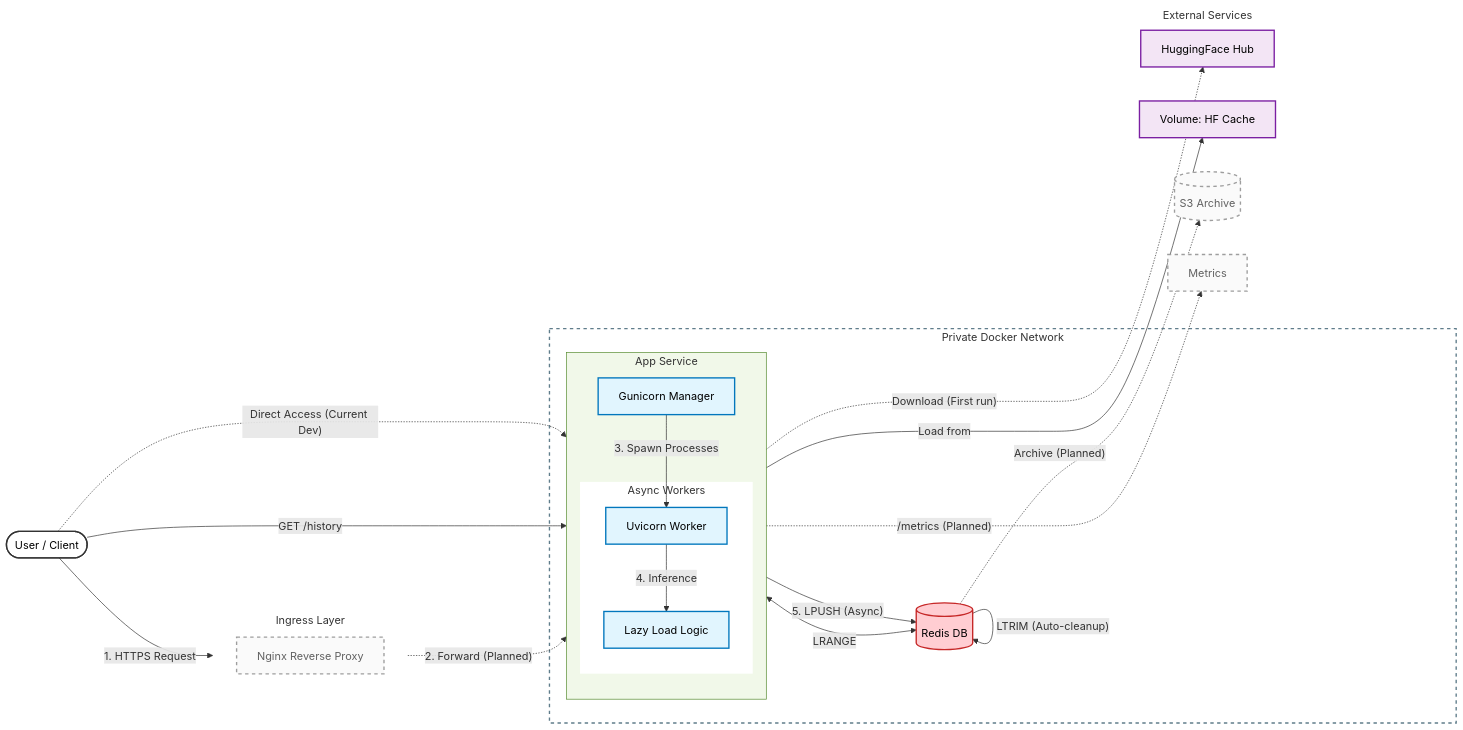
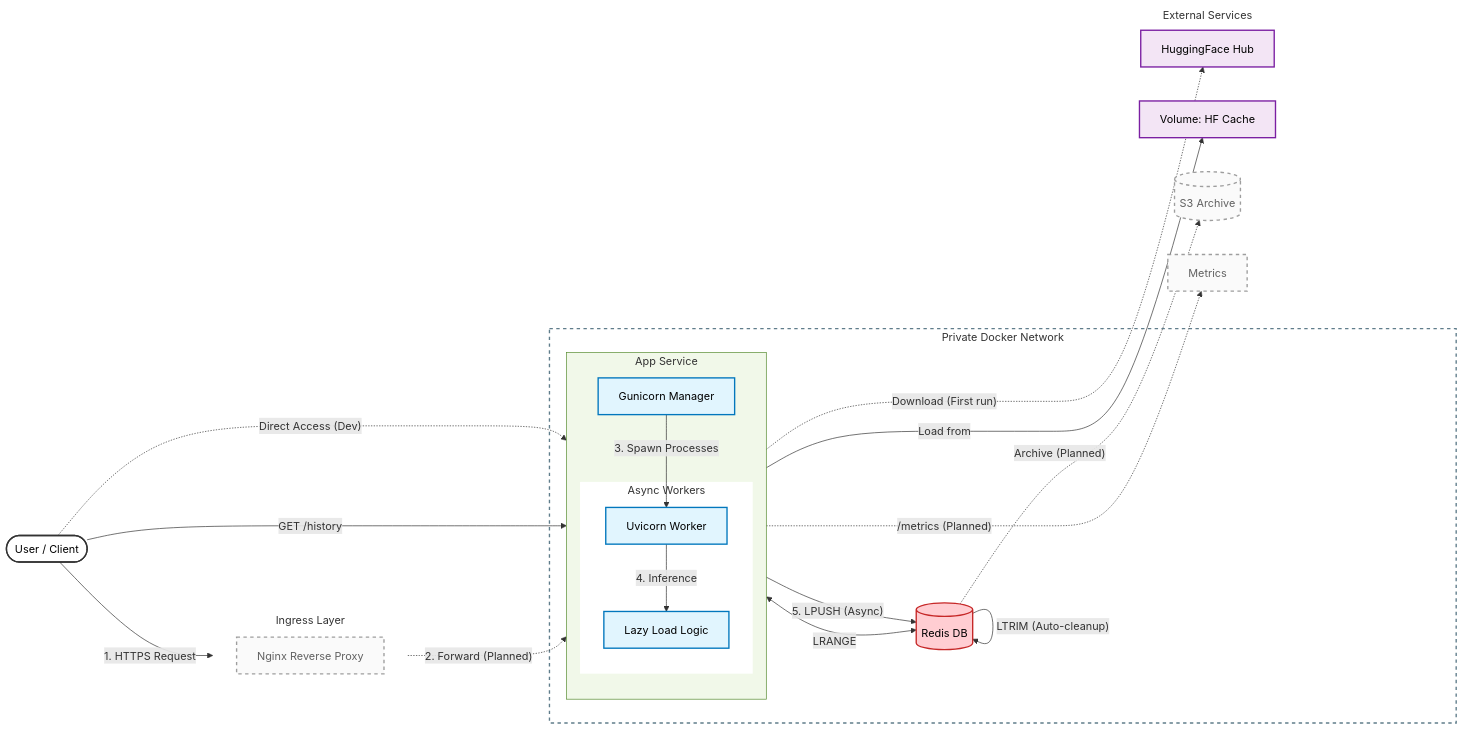
One commit to Western-1/sentiment-analysis-service changed the diagram in README.md. Above: the diagram before and after it, drawn with Mermaid. The commit also changed other lines of this file and 1 other file, not shown here.

````diff
--- a/README.md
+++ b/README.md
@@ -21,15 +20,10 @@
 ```mermaid
 graph LR
   %% --- Styling Definitions ---
-  %% Existing Components: Bold colors, solid lines
   classDef app fill:#e1f5fe,stroke:#0277bd,stroke-width:2px,color:#000
   classDef db fill:#ffcdd2,stroke:#c62828,stroke-width:2px,color:#000
   classDef ext fill:#f3e5f5,stroke:#7b1fa2,stroke-width:2px,color:#000
-  
-  %% Planned Components: Grey, dashed lines, lighter text
   classDef planned fill:#fafafa,stroke:#9e9e9e,stroke-width:2px,stroke-dasharray: 5 5,color:#616161
-  
-  %% Network Boundaries
   classDef net fill:none,stroke:#546e7a,stroke-width:2px,stroke-dasharray: 5 5,color:#546e7a
 
   %% --- Actors ---
@@ -68,33 +62,25 @@
   end
 
   %% === Data Flow ===
-  
-  %% 1. Request Flow (Current vs Planned)
   User -->|"1. HTTPS Request"| Nginx
   Nginx -.->|"2. Forward (Planned)"| Gunicorn
-  User -.->|"Direct Access (Current Dev)"| Gunicorn
+  User -.->|"Direct Access (Dev)"| Gunicorn
 
-  %% 2. Internal Processing
   Gunicorn -->|"3. Spawn Processes"| Uvicorn
   Uvicorn -->|"4. Inference"| Logic
   
-  %% 3. Model Loading
   Logic -.->|"Download (First run)"| HF_Hub
   Logic -->|"Load from"| HFCache
   
-  %% 4. Async Logging
   Uvicorn -->|"5. LPUSH (Async)"| Redis
   Redis -->|"LTRIM (Auto-cleanup)"| Redis
   
-  %% 5. Read History
   User -->|"GET /history"| Uvicorn
   Uvicorn <-->|"LRANGE"| Redis
 
-  %% 6. Future Monitoring
   Redis -.->|"Archive (Planned)"| S3
   Uvicorn -.->|"/metrics (Planned)"| Prometheus
 
-  %% Apply Network Styles
   style DockerNet fill:none,stroke:#607d8b,stroke-width:2px,stroke-dasharray: 5 5
   style Ingress fill:none,stroke:none
   style External fill:none,stroke:none
````
